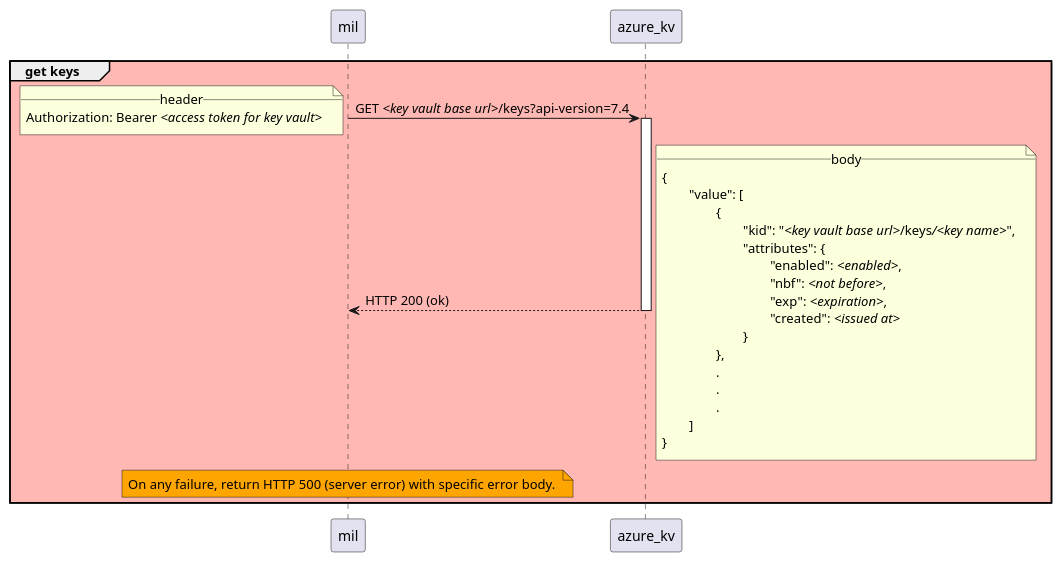
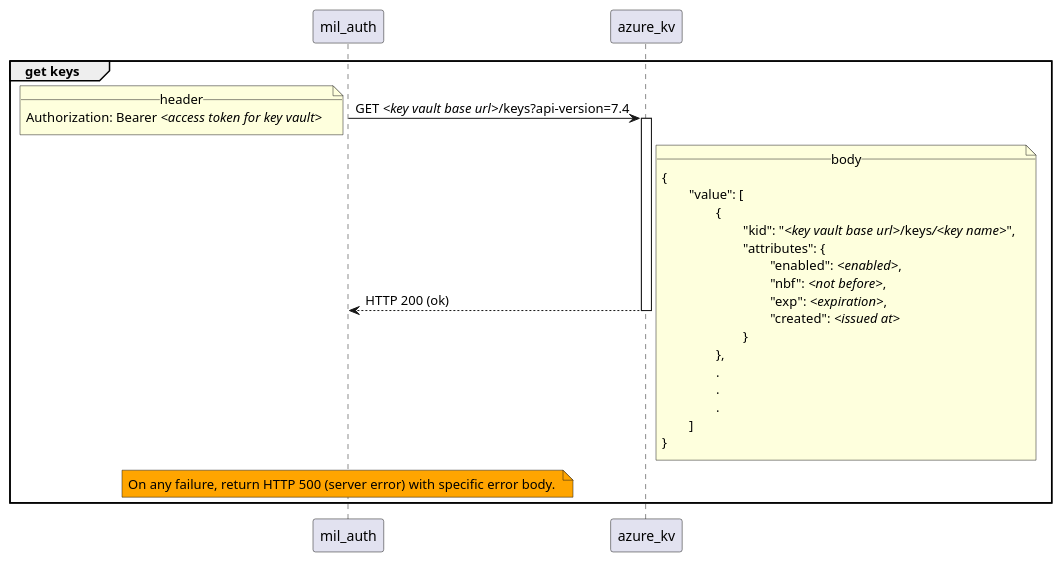
Before and after one commit to pagopa/mil-diags: the diagram in sequence_diags/pagoPA/pos_management/get_keys.puml, drawn with PlantUML. The commit also changed 37 other files, not shown here.

```diff
--- a/sequence_diags/pagoPA/pos_management/get_keys.puml
+++ b/sequence_diags/pagoPA/pos_management/get_keys.puml
@@ -1,32 +1,32 @@
-group #FFB8B3 get keys
-	mil -> azure_kv ++ : GET //<key vault base url>///keys?api-version=7.4
+group get keys
+	mil_auth -> azure_kv ++ : GET //<key vault base url>///keys?api-version=7.4
 		note left
 			__header__
 			Authorization: Bearer //<access token for key vault>//
 		end note
 
-	azure_kv --> mil -- : HTTP 200 (ok)
+	azure_kv --> mil_auth -- : HTTP 200 (ok)
 		note right
 			__body__
 			{
 				"value": [
 					{
 						"kid": "//<key vault base url>///keys///<key name>//",
 						"attributes": {
 							"enabled": //<enabled>//,
 							"nbf": //<not before>//,
 							"exp": //<expiration>//,
 							"created": //<issued at>//
 						}
 					},
 					.
 					.
 					.
 				]
 			}
 		end note
 
-    note over mil #Orange
+    note over mil_auth #Orange
 		On any failure, return HTTP 500 (server error) with specific error body. 
 	end note
 end
```
